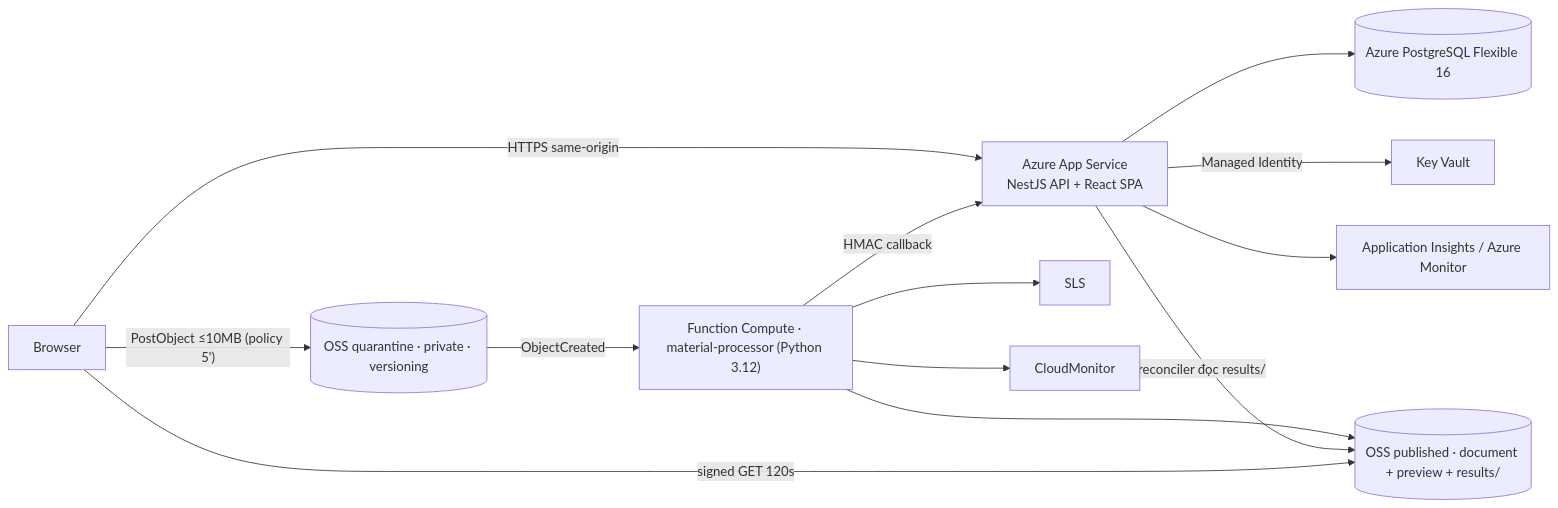
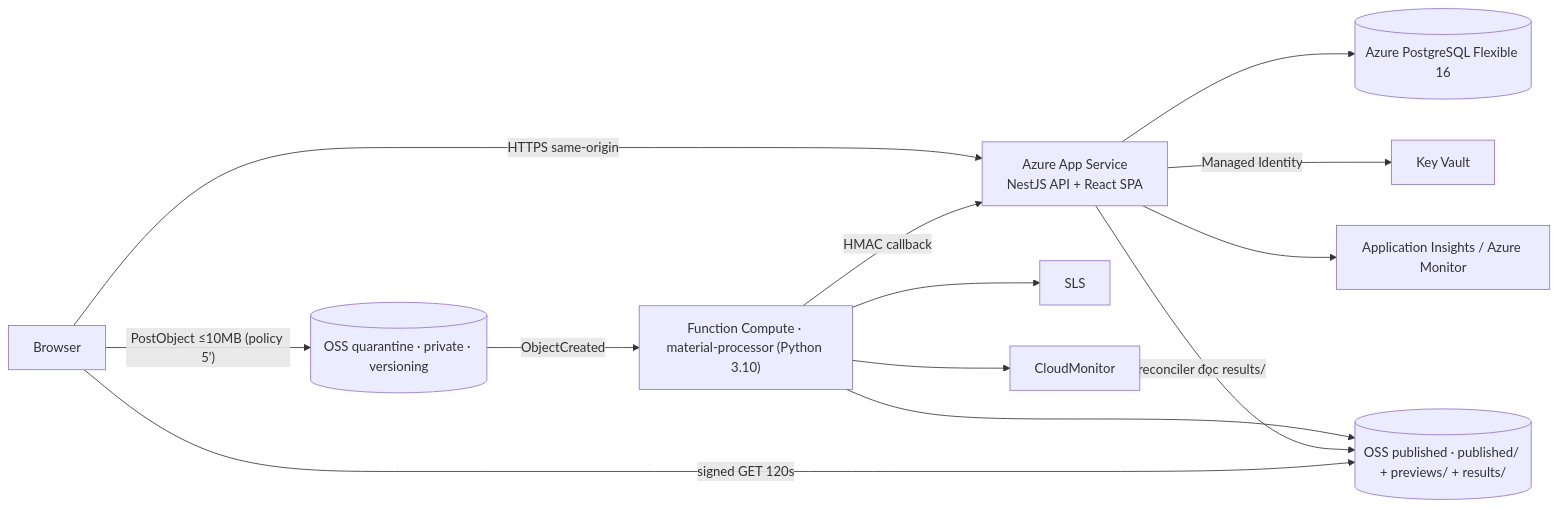
The diagram in docs/cloud-architecture.md (ThanhDuc1712/EduCenter-Cloud---BTL-Cloud), drawn with Mermaid before and after one commit. The commit also changed other lines of this file and 16 other files, not shown here.

````diff
--- a/docs/cloud-architecture.md
+++ b/docs/cloud-architecture.md
@@ -3,14 +3,14 @@
 ```mermaid
 flowchart LR
     U["Browser"] -->|HTTPS same-origin| APP["Azure App Service<br/>NestJS API + React SPA"]
     APP --> DB[("Azure PostgreSQL Flexible 16")]
     APP -->|Managed Identity| KV["Key Vault"]
     APP --> AI["Application Insights / Azure Monitor"]
     U -->|"PostObject ≤10MB (policy 5')"| Q[("OSS quarantine · private · versioning")]
-    Q -->|ObjectCreated| FC["Function Compute · material-processor (Python 3.12)"]
-    FC --> PUB[("OSS published · document + preview + results/")]
+    Q -->|ObjectCreated| FC["Function Compute · material-processor (Python 3.10)"]
+    FC --> PUB[("OSS published · published/ + previews/ + results/")]
     FC -->|"HMAC callback"| APP
     FC --> SLS["SLS"] & CMS["CloudMonitor"]
     APP -->|"reconciler đọc results/"| PUB
     U -->|"signed GET 120s"| PUB
 ```
````
